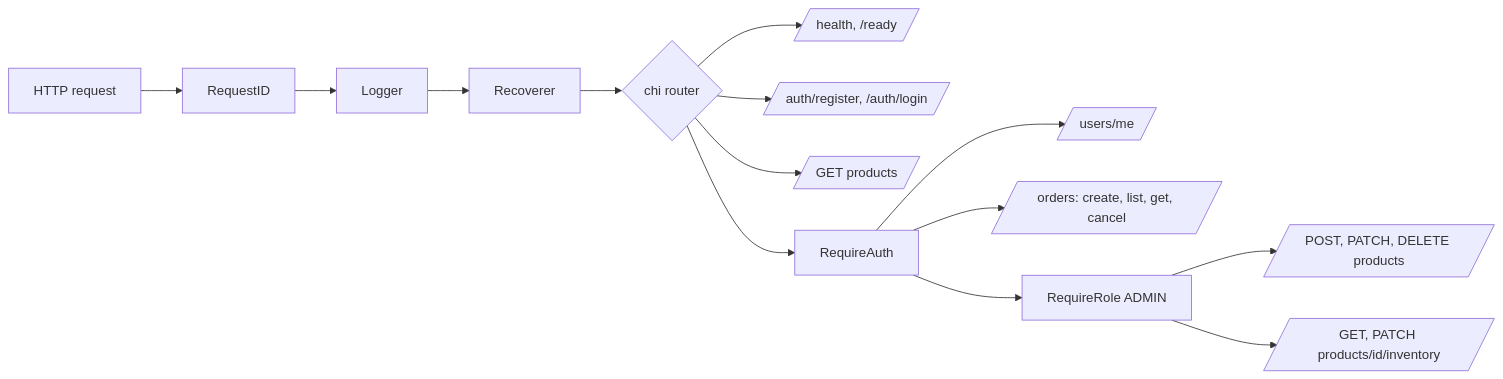
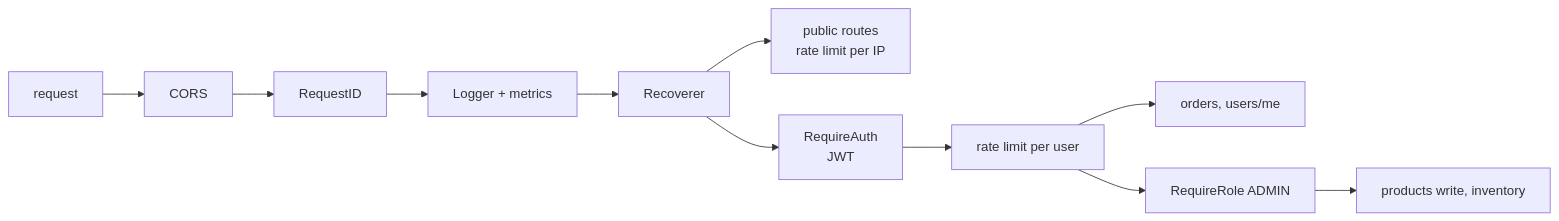
The second of 5 diagrams in README.md (BasavarajBankolli/inventory-order-engine), drawn with Mermaid before and after one commit. The commit also changed other lines of this file and 17 other files, not shown here.

````diff
--- a/README.md
+++ b/README.md
@@ -36,11 +81,7 @@
 ```mermaid
 flowchart LR
-    req[HTTP request] --> rid[RequestID] --> log[Logger] --> rec[Recoverer] --> router{chi router}
-    router --> h[/health, /ready/]
-    router --> pub[/auth/register, /auth/login/]
-    router --> pubp[/GET products/]
-    router --> ra[RequireAuth] --> me[/users/me/]
-    ra --> ord[/orders: create, list, get, cancel/]
-    ra --> rr[RequireRole ADMIN] --> adm[/POST, PATCH, DELETE products/]
-    rr --> inv[/GET, PATCH products/id/inventory/]
+    req[request] --> cors[CORS] --> rid[RequestID] --> log[Logger + metrics] --> rec[Recoverer]
+    rec --> pub[public routes<br/>rate limit per IP]
+    rec --> auth[RequireAuth<br/>JWT] --> rlu[rate limit per user] --> cust[orders, users/me]
+    rlu --> admin[RequireRole ADMIN] --> adm[products write, inventory]
 ```
````
